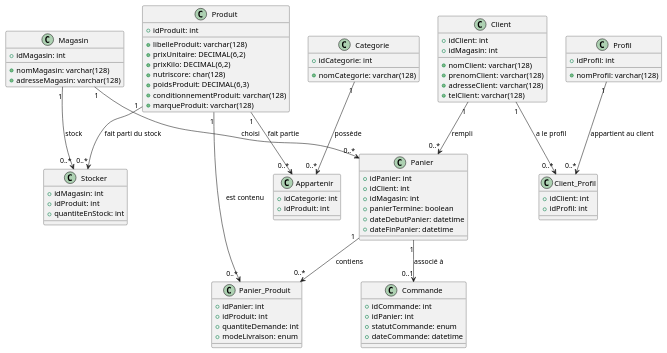
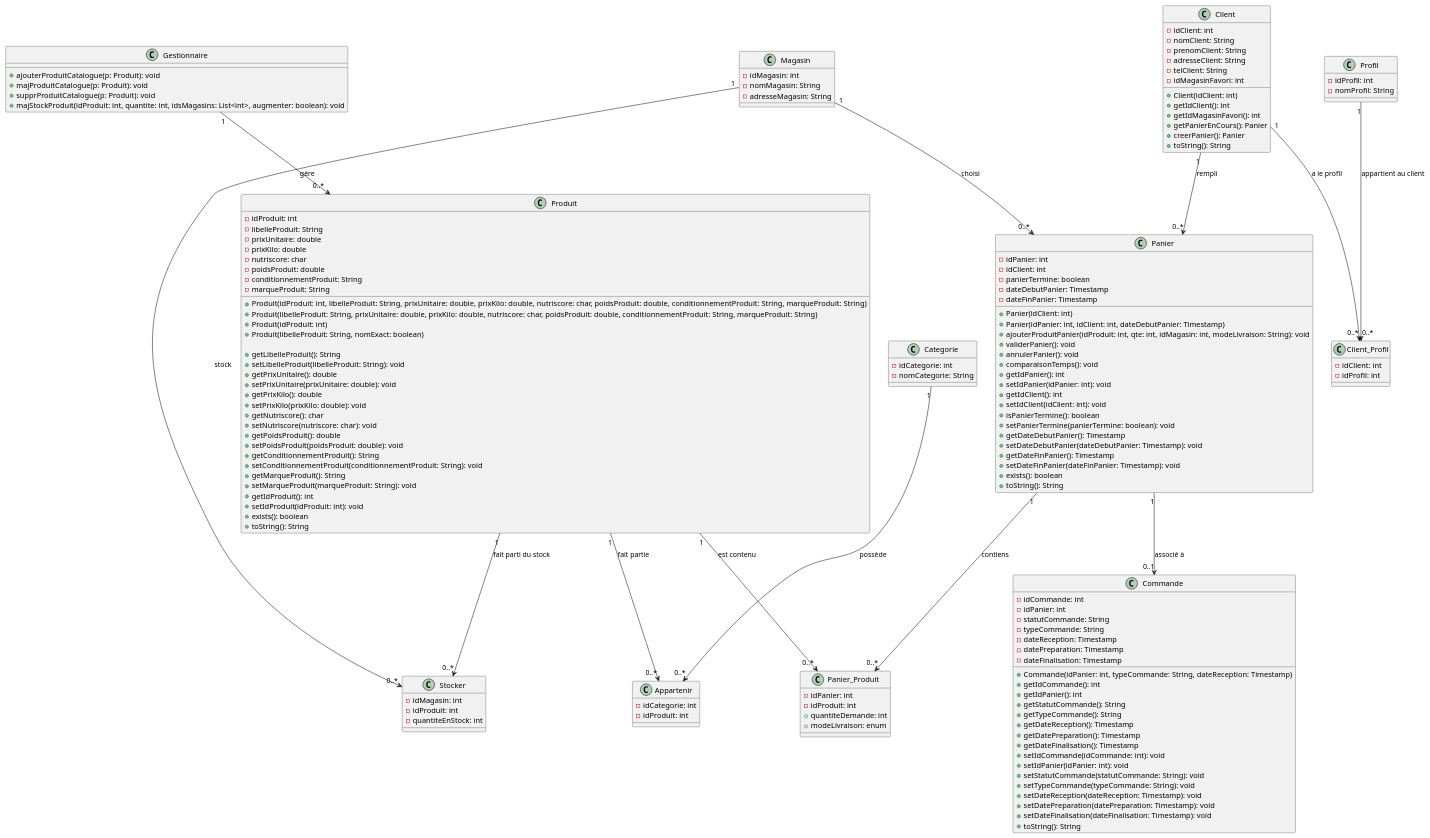
Before and after one commit to EstebanBiret/M1_MIAGE_Projet_Dev_S1: the diagram in uml/schema_classes.puml, drawn with PlantUML.

Commit message:
Update schema _classes uml

```diff
--- a/uml/schema_classes.puml
+++ b/uml/schema_classes.puml
@@ -1,95 +1,181 @@
 @startuml schema-classes-uml
 
-class Magasin {
-    + idMagasin: int
-    + nomMagasin: varchar(128)
-    + adresseMagasin: varchar(128)
+class Magasin 
+{
+    - idMagasin: int
+    - nomMagasin: String
+    - adresseMagasin: String
 }
 
-class Produit {
-    + idProduit: int
-    + libelleProduit: varchar(128)
-    + prixUnitaire: DECIMAL(6,2)
-    + prixKilo: DECIMAL(6,2)
-    + nutriscore: char(128)
-    + poidsProduit: DECIMAL(6,3)
-    + conditionnementProduit: varchar(128)
-    + marqueProduit: varchar(128)
+class Produit 
+{
+    - idProduit: int
+    - libelleProduit: String
+    - prixUnitaire: double
+    - prixKilo: double
+    - nutriscore: char
+    - poidsProduit: double
+    - conditionnementProduit: String
+    - marqueProduit: String
+
+    + Produit(idProduit: int, libelleProduit: String, prixUnitaire: double, prixKilo: double, nutriscore: char, poidsProduit: double, conditionnementProduit: String, marqueProduit: String)
+    + Produit(libelleProduit: String, prixUnitaire: double, prixKilo: double, nutriscore: char, poidsProduit: double, conditionnementProduit: String, marqueProduit: String)
+    + Produit(idProduit: int)
+    + Produit(libelleProduit: String, nomExact: boolean)
+    
+    + getLibelleProduit(): String
+    + setLibelleProduit(libelleProduit: String): void
+    + getPrixUnitaire(): double
+    + setPrixUnitaire(prixUnitaire: double): void
+    + getPrixKilo(): double
+    + setPrixKilo(prixKilo: double): void
+    + getNutriscore(): char
+    + setNutriscore(nutriscore: char): void
+    + getPoidsProduit(): double
+    + setPoidsProduit(poidsProduit: double): void
+    + getConditionnementProduit(): String
+    + setConditionnementProduit(conditionnementProduit: String): void
+    + getMarqueProduit(): String
+    + setMarqueProduit(marqueProduit: String): void
+    + getIdProduit(): int
+    + setIdProduit(idProduit: int): void
+    + exists(): boolean
+    + toString(): String
 }
 
-class Categorie {
-    + idCategorie: int
-    + nomCategorie: varchar(128)
+class Categorie 
+{
+    - idCategorie: int
+    - nomCategorie: String
 }
 
-class Profil {
-    + idProfil: int
-    + nomProfil: varchar(128)
+class Profil 
+{
+    - idProfil: int
+    - nomProfil: String
 }
 
-class Client {
-    + idClient: int
-    + idMagasin: int
-    + nomClient: varchar(128)
-    + prenomClient: varchar(128)
-    + adresseClient: varchar(128)
-    + telClient: varchar(128)
+class Client 
+{
+    - idClient: int
+    - nomClient: String
+    - prenomClient: String
+    - adresseClient: String
+    - telClient: String
+    - idMagasinFavori: int
+
+    + Client(idClient: int)
+    + getIdClient(): int
+    + getIdMagasinFavori(): int
+    + getPanierEnCours(): Panier
+    + creerPanier(): Panier
+    + toString(): String
 }
 
-class Client_Profil {
-    + idClient: int
-    + idProfil: int
+class Client_Profil 
+{
+    - idClient: int
+    - idProfil: int
 }
 
-class Appartenir {
-    + idCategorie: int
-    + idProduit: int
+class Appartenir 
+{
+    - idCategorie: int
+    - idProduit: int
 }
 
-class Stocker {
-    + idMagasin: int
-    + idProduit: int
-    + quantiteEnStock: int
+class Stocker 
+{
+    - idMagasin: int
+    - idProduit: int
+    - quantiteEnStock: int
 }
 
-class Panier {
-    + idPanier: int
-    + idClient: int
-    + idMagasin: int
-    + panierTermine: boolean
-    + dateDebutPanier: datetime
-    + dateFinPanier: datetime
+class Panier 
+{
+    - idPanier: int
+    - idClient: int
+    - panierTermine: boolean
+    - dateDebutPanier: Timestamp
+    - dateFinPanier: Timestamp
+
+    + Panier(idClient: int)
+    + Panier(idPanier: int, idClient: int, dateDebutPanier: Timestamp)
+    + ajouterProduitPanier(idProduit: int, qte: int, idMagasin: int, modeLivraison: String): void
+    + validerPanier(): void
+    + annulerPanier(): void
+    + comparaisonTemps(): void
+    + getIdPanier(): int
+    + setIdPanier(idPanier: int): void
+    + getIdClient(): int
+    + setIdClient(idClient: int): void
+    + isPanierTermine(): boolean
+    + setPanierTermine(panierTermine: boolean): void
+    + getDateDebutPanier(): Timestamp
+    + setDateDebutPanier(dateDebutPanier: Timestamp): void
+    + getDateFinPanier(): Timestamp
+    + setDateFinPanier(dateFinPanier: Timestamp): void
+    + exists(): boolean
+    + toString(): String
 }
 
-class Commande {
-    + idCommande: int
-    + idPanier: int
-    + statutCommande: enum
-    + dateCommande: datetime
+class Commande 
+{
+    - idCommande: int
+    - idPanier: int
+    - statutCommande: String
+    - typeCommande: String
+    - dateReception: Timestamp
+    - datePreparation: Timestamp
+    - dateFinalisation: Timestamp
+
+    + Commande(idPanier: int, typeCommande: String, dateReception: Timestamp)
+    + getIdCommande(): int
+    + getIdPanier(): int
+    + getStatutCommande(): String
+    + getTypeCommande(): String
+    + getDateReception(): Timestamp
+    + getDatePreparation(): Timestamp
+    + getDateFinalisation(): Timestamp
+    + setIdCommande(idCommande: int): void
+    + setIdPanier(idPanier: int): void
+    + setStatutCommande(statutCommande: String): void
+    + setTypeCommande(typeCommande: String): void
+    + setDateReception(dateReception: Timestamp): void
+    + setDatePreparation(datePreparation: Timestamp): void
+    + setDateFinalisation(dateFinalisation: Timestamp): void
+    + toString(): String
 }
 
-class Panier_Produit {
-    + idPanier: int
-    + idProduit: int
+class Panier_Produit 
+{
+    - idPanier: int
+    - idProduit: int
     + quantiteDemande: int
     + modeLivraison: enum
+}
+
+class Gestionnaire 
+{
+    + ajouterProduitCatalogue(p: Produit): void
+    + majProduitCatalogue(p: Produit): void
+    + supprProduitCatalogue(p: Produit): void
+    + majStockProduit(idProduit: int, quantite: int, idsMagasins: List<int>, augmenter: boolean): void
 }
 
 'Les relations entre les tables'
 
 Client "1" --> "0..*" Client_Profil : "a le profil"
 Profil "1" --> "0..*" Client_Profil : "appartient au client"
-
 Client "1" --> "0..*" Panier : "rempli"
 Magasin "1" --> "0..*" Panier : "choisi"
 Panier "1" --> "0..1" Commande : "associé à"
-
 Panier "1" --> "0..*" Panier_Produit : "contiens"
 Produit "1" --> "0..*" Panier_Produit : "est contenu"
-
 Produit "1" --> "0..*" Appartenir : "fait partie"
 Categorie "1" --> "0..*" Appartenir : "possède"
-
 Magasin "1" --> "0..*" Stocker : "stock"
 Produit "1" --> "0..*" Stocker : "fait parti du stock"
+Gestionnaire "1" --> "0..*" Produit : "gère"
+
 @enduml
```
